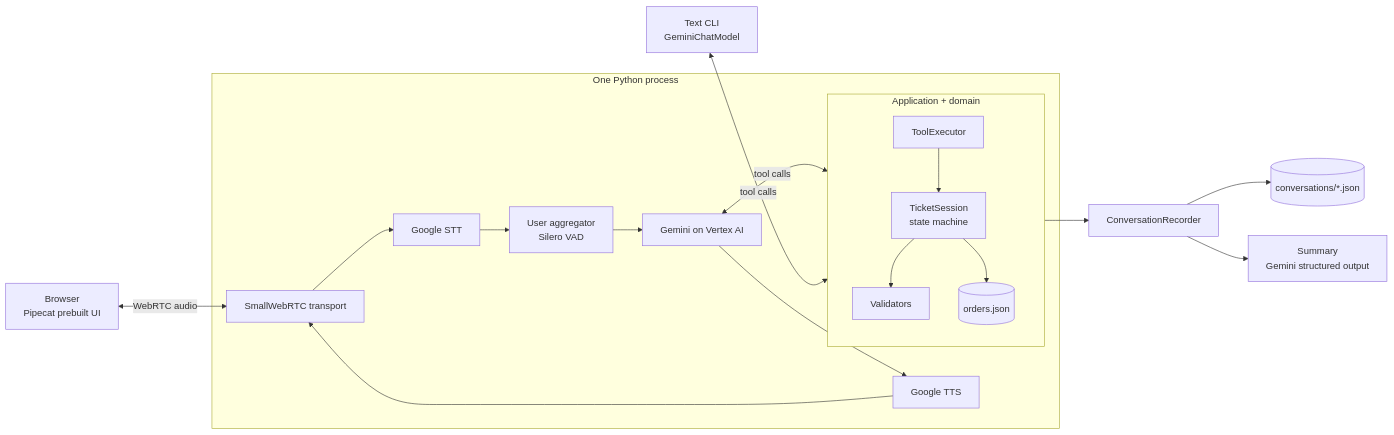
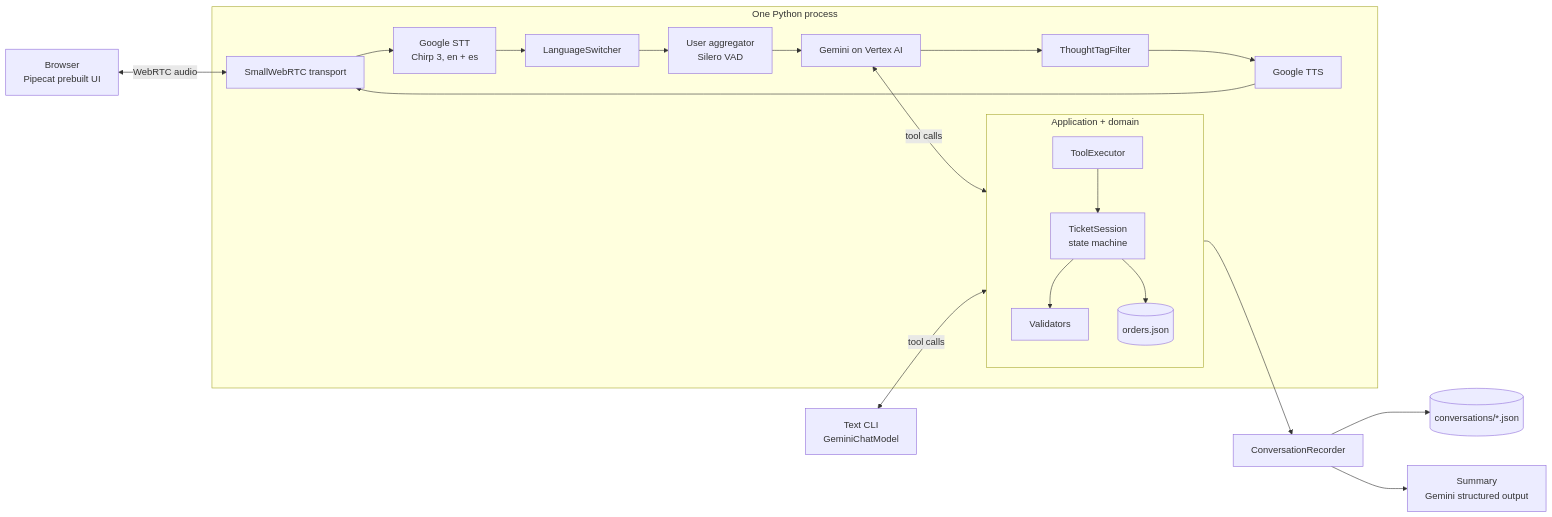
Before and after one commit to aesbetancourt/voice-support-agent: the second of 3 diagrams in README.md, drawn with Mermaid. The commit also changed other lines of this file and 4 other files, not shown here.

````diff
--- a/README.md
+++ b/README.md
@@ -166,19 +167,21 @@
 ```mermaid
 flowchart LR
     B[Browser<br/>Pipecat prebuilt UI] <-->|WebRTC audio| T
     subgraph P[One Python process]
-        T[SmallWebRTC transport] --> STT[Google STT]
-        STT --> U[User aggregator<br/>Silero VAD]
+        T[SmallWebRTC transport] --> STT[Google STT<br/>Chirp 3, en + es]
+        STT --> LS[LanguageSwitcher]
+        LS --> U[User aggregator<br/>Silero VAD]
         U --> LLM[Gemini on Vertex AI]
-        LLM --> TTS[Google TTS] --> T
+        LLM --> F[ThoughtTagFilter]
+        F --> TTS[Google TTS] --> T
         LLM <-->|tool calls| Core
     end
     CLI[Text CLI<br/>GeminiChatModel] <-->|tool calls| Core
     subgraph Core[Application + domain]
         X[ToolExecutor] --> S[TicketSession<br/>state machine]
         S --> V[Validators]
         S --> O[(orders.json)]
     end
     Core --> R[ConversationRecorder] --> J[(conversations/*.json)]
     R --> SUM[Summary<br/>Gemini structured output]
 ```
````
